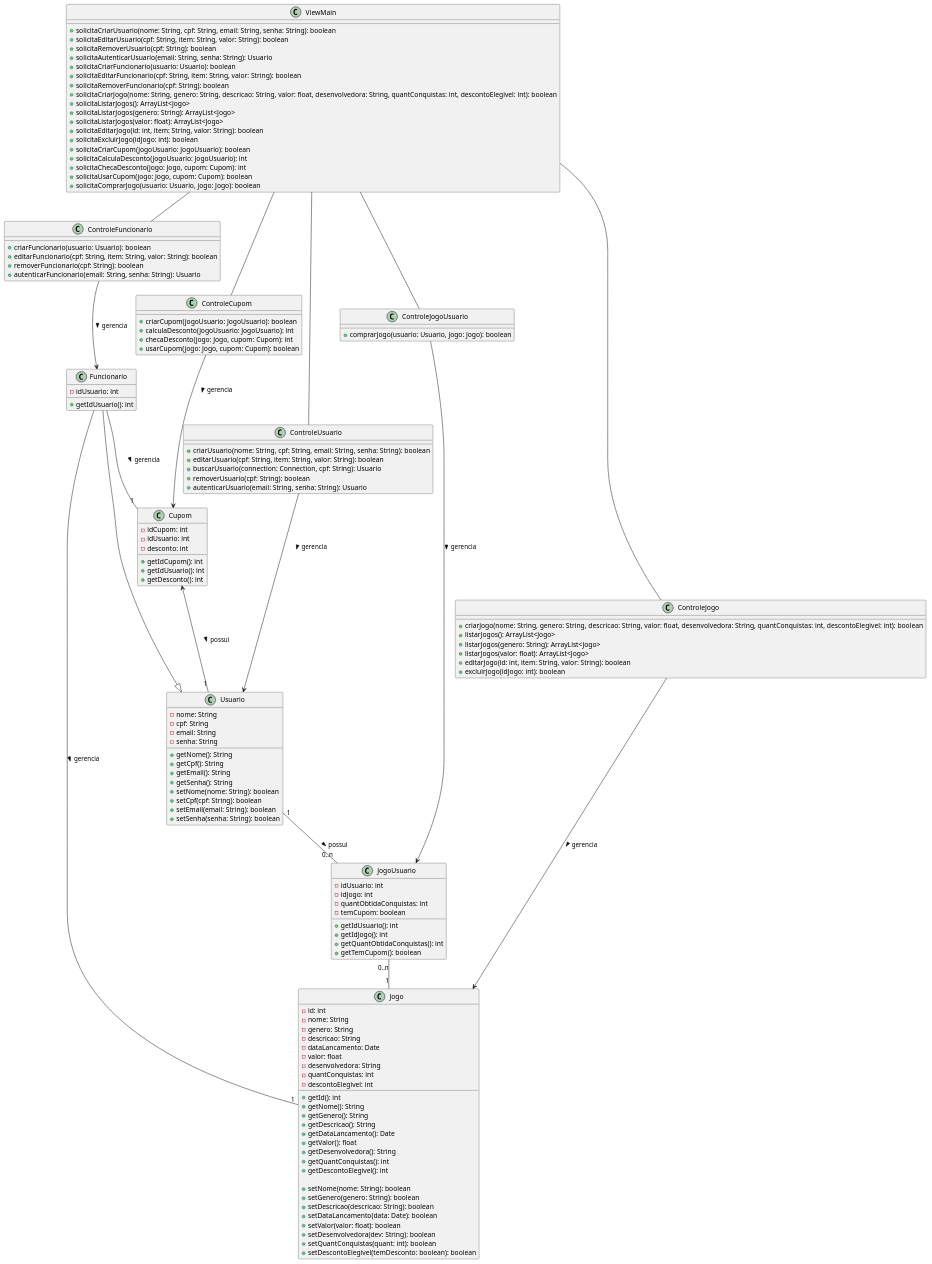
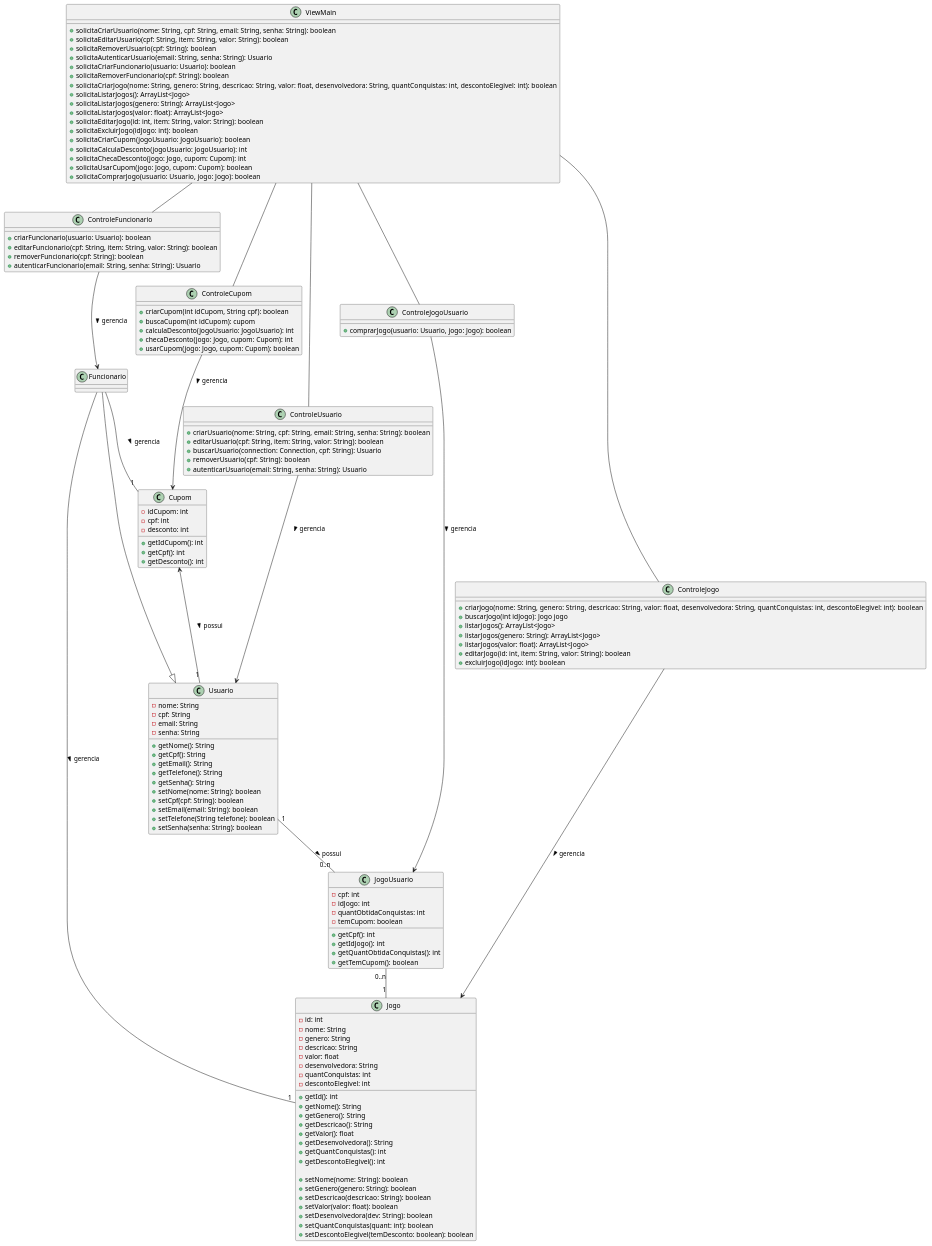
The diagram in PlatinumPlus/desc/DiagramaDeClasses.iuml (queirozPedro/PlatinumPlus), drawn with PlantUML before and after one commit. The commit also changed 1 other file, not shown here.

Commit message:
Mudanças no DiagramaDeClasses

```diff
--- a/PlatinumPlus/desc/DiagramaDeClasses.iuml
+++ b/PlatinumPlus/desc/DiagramaDeClasses.iuml
@@ -1,164 +1,162 @@
 @startuml "Diagrama de Classes"
 
 class Usuario{
     -nome: String
     -cpf: String
     -email: String
     -senha: String
 
     +getNome(): String
     +getCpf(): String
     +getEmail(): String
+    +getTelefone(): String
     +getSenha(): String
     +setNome(nome: String): boolean
     +setCpf(cpf: String): boolean
     +setEmail(email: String): boolean
+    +setTelefone(String telefone): boolean
     +setSenha(senha: String): boolean
 }
 
 class Funcionario{
-    -idUsuario: int
-
-    +getIdUsuario(): int
+    
 }
 
 Funcionario --|> Usuario
 
 class Jogo{
     -id: int
     -nome: String
     -genero: String
     -descricao: String
-    -dataLancamento: Date
     -valor: float
     -desenvolvedora: String
     -quantConquistas: int
     -descontoElegivel: int
 
     +getId(): int
     +getNome(): String
     +getGenero(): String
     +getDescricao(): String
-    +getDataLancamento(): Date
     +getValor(): float
     +getDesenvolvedora(): String
     +getQuantConquistas(): int
     +getDescontoElegivel(): int
 
     +setNome(nome: String): boolean
     +setGenero(genero: String): boolean 
     +setDescricao(descricao: String): boolean
-    +setDataLancamento(data: Date): boolean
     +setValor(valor: float): boolean
     +setDesenvolvedora(dev: String): boolean
     +setQuantConquistas(quant: int): boolean
     +setDescontoElegivel(temDesconto: boolean): boolean
 }
 
 class Cupom{
     -idCupom: int
-    -idUsuario: int
+    -cpf: int
     -desconto: int
 
     +getIdCupom(): int
-    +getIdUsuario(): int
+    +getCpf(): int
     +getDesconto(): int
 }
 
 Cupom <-- "1" Usuario: possui >
 Funcionario -- "1" Jogo: gerencia >
 Funcionario -- "1" Cupom: gerencia >
 
 class JogoUsuario{
-    -idUsuario: int
+    -cpf: int
     -idJogo: int
     -quantObtidaConquistas: int
     -temCupom: boolean
 
-    +getIdUsuario(): int
+    +getCpf(): int
     +getIdJogo(): int
     +getQuantObtidaConquistas(): int
     +getTemCupom(): boolean
 }
 
 Usuario "1" -- "0..n" JogoUsuario: possui >
 JogoUsuario "0..n" -- "1" Jogo
 
 ' Controle
 
 class ControleUsuario{
     +criarUsuario(nome: String, cpf: String, email: String, senha: String): boolean
     +editarUsuario(cpf: String, item: String, valor: String): boolean
     +buscarUsuario(connection: Connection, cpf: String): Usuario
     +removerUsuario(cpf: String): boolean
     +autenticarUsuario(email: String, senha: String): Usuario
 }
 
 ControleUsuario --> Usuario: gerencia >
 
 class ControleFuncionario{
     +criarFuncionario(usuario: Usuario): boolean
     +editarFuncionario(cpf: String, item: String, valor: String): boolean
     +removerFuncionario(cpf: String): boolean
     +autenticarFuncionario(email: String, senha: String): Usuario
 }
 
 ControleFuncionario --> Funcionario: gerencia >
 
 class ControleJogo{
     +criarJogo(nome: String, genero: String, descricao: String, valor: float, desenvolvedora: String, quantConquistas: int, descontoElegivel: int): boolean
+    +buscarJogo(int idJogo): Jogo jogo
     +listarJogos(): ArrayList<Jogo>
     +listarJogos(genero: String): ArrayList<Jogo>
     +listarJogos(valor: float): ArrayList<Jogo>
     +editarJogo(id: int, item: String, valor: String): boolean
     +excluirJogo(idJogo: int): boolean
 }
 
 ControleJogo --> Jogo: gerencia > 
 
 class ControleCupom{
-    +criarCupom(jogoUsuario: JogoUsuario): boolean
+    +criarCupom(int idCupom, String cpf): boolean
+    +buscaCupom(int idCupom): cupom
     +calculaDesconto(jogoUsuario: JogoUsuario): int
     +checaDesconto(jogo: Jogo, cupom: Cupom): int
     +usarCupom(jogo: Jogo, cupom: Cupom): boolean
 }
 
 ControleCupom --> Cupom: gerencia >
 
 class ControleJogoUsuario{
     +comprarJogo(usuario: Usuario, jogo: Jogo): boolean
 }
 
 ControleJogoUsuario --> JogoUsuario: gerencia >
 
 ' View
 
 class ViewMain{
     +solicitaCriarUsuario(nome: String, cpf: String, email: String, senha: String): boolean
     +solicitaEditarUsuario(cpf: String, item: String, valor: String): boolean
     +solicitaRemoverUsuario(cpf: String): boolean
     +solicitaAutenticarUsuario(email: String, senha: String): Usuario    
     +solicitaCriarFuncionario(usuario: Usuario): boolean
-    +solicitaEditarFuncionario(cpf: String, item: String, valor: String): boolean
     +solicitaRemoverFuncionario(cpf: String): boolean
     +solicitaCriarJogo(nome: String, genero: String, descricao: String, valor: float, desenvolvedora: String, quantConquistas: int, descontoElegivel: int): boolean
     +solicitaListarJogos(): ArrayList<Jogo>
     +solicitaListarJogos(genero: String): ArrayList<Jogo>
     +solicitaListarJogos(valor: float): ArrayList<Jogo>
     +solicitaEditarJogo(id: int, item: String, valor: String): boolean
     +solicitaExcluirJogo(idJogo: int): boolean
     +solicitaCriarCupom(jogoUsuario: JogoUsuario): boolean
     +solicitaCalculaDesconto(jogoUsuario: JogoUsuario): int
     +solicitaChecaDesconto(jogo: Jogo, cupom: Cupom): int
     +solicitaUsarCupom(jogo: Jogo, cupom: Cupom): boolean
     +solicitaComprarJogo(usuario: Usuario, jogo: Jogo): boolean
 }
 
 ViewMain -- ControleCupom
 ViewMain -- ControleFuncionario
 ViewMain -- ControleJogo
 ViewMain -- ControleJogoUsuario
 ViewMain -- ControleUsuario
 
 
 @enduml
```
